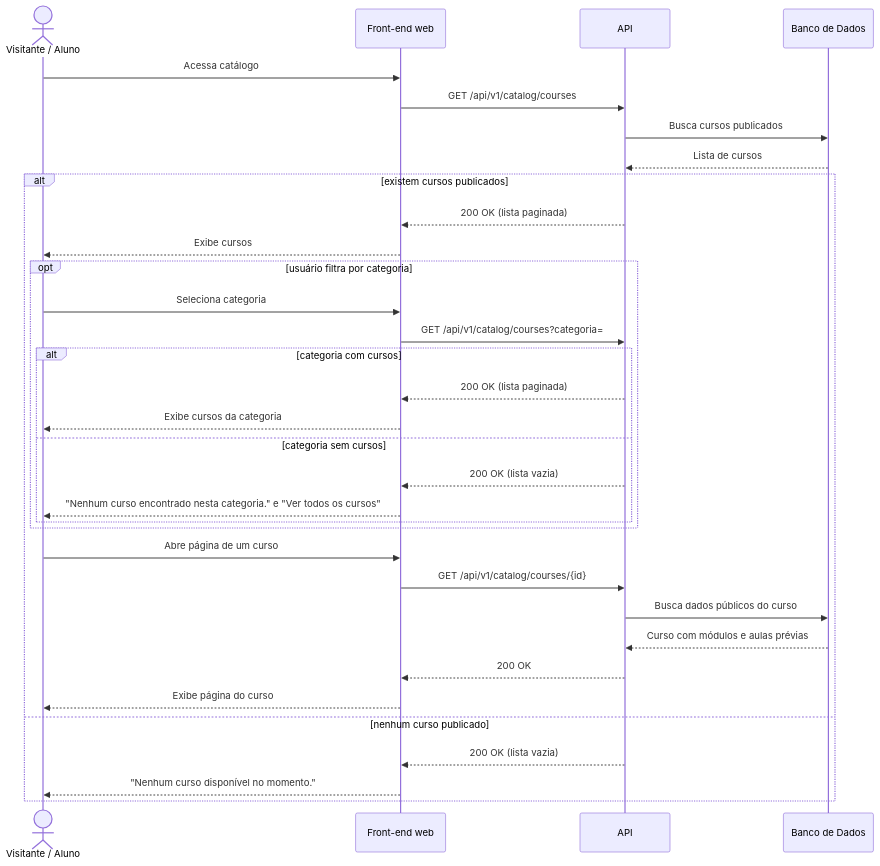
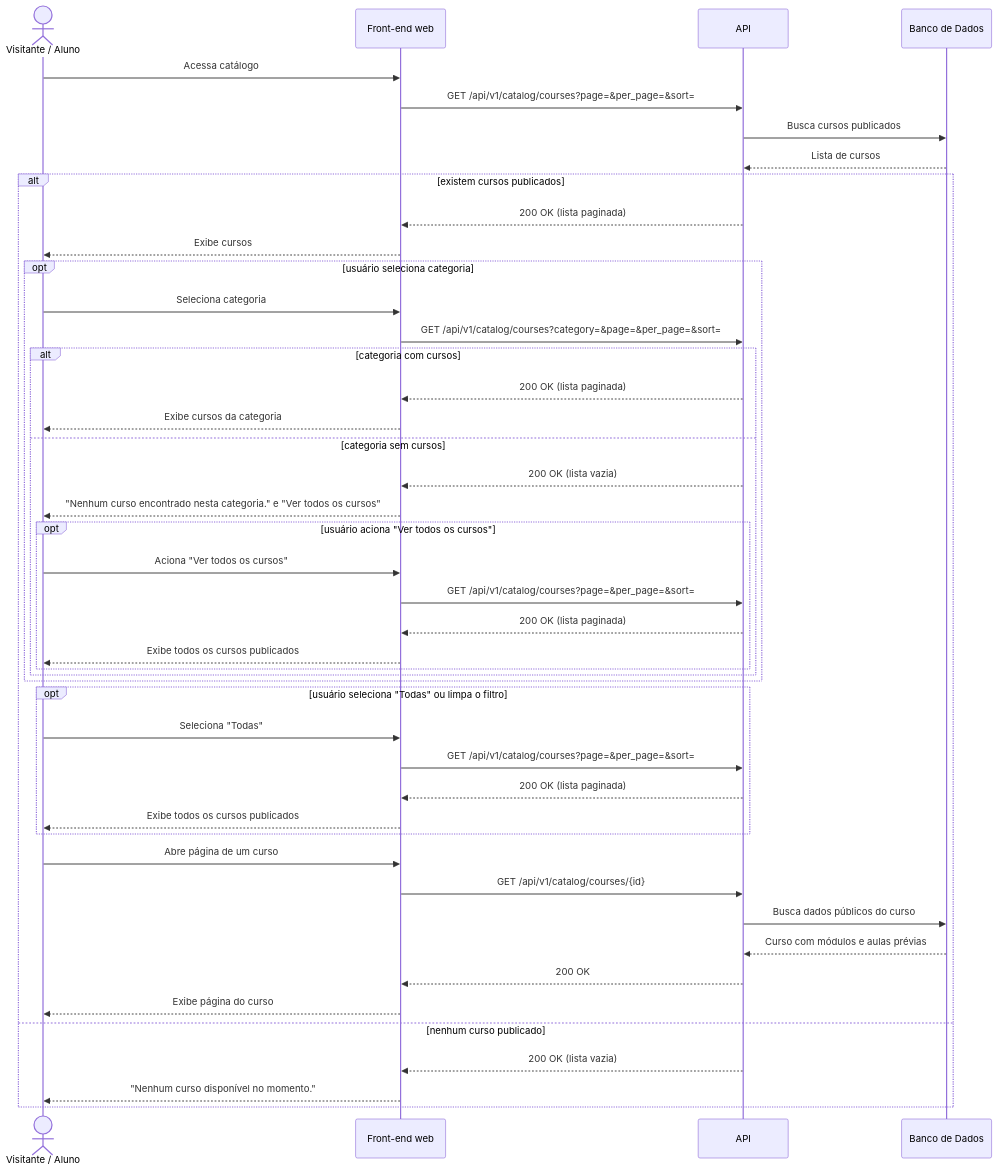
One commit to Plataforma-de-Cursos-TCC/plataforma-cursos-docs changed the diagram in docs/ssd/UC020-consultar-catalogo-de-cursos.md. Above: the diagram before and after it, drawn with Mermaid. The commit also changed other lines of this file and 17 other files, not shown here.

````diff
--- a/docs/ssd/UC020-consultar-catalogo-de-cursos.md
+++ b/docs/ssd/UC020-consultar-catalogo-de-cursos.md
@@ -5,36 +5,48 @@
 ```mermaid
 sequenceDiagram
     actor User as Visitante / Aluno
     participant FE as Front-end web
     participant API
     participant DB as Banco de Dados
 
     User->>FE: Acessa catálogo
-    FE->>API: GET /api/v1/catalog/courses
+    FE->>API: GET /api/v1/catalog/courses?page=&per_page=&sort=
     API->>DB: Busca cursos publicados
     DB-->>API: Lista de cursos
     alt existem cursos publicados
         API-->>FE: 200 OK (lista paginada)
         FE-->>User: Exibe cursos
-        opt usuário filtra por categoria
+        opt usuário seleciona categoria
             User->>FE: Seleciona categoria
-            FE->>API: GET /api/v1/catalog/courses?categoria=
+            FE->>API: GET /api/v1/catalog/courses?category=&page=&per_page=&sort=
             alt categoria com cursos
                 API-->>FE: 200 OK (lista paginada)
                 FE-->>User: Exibe cursos da categoria
             else categoria sem cursos
                 API-->>FE: 200 OK (lista vazia)
                 FE-->>User: "Nenhum curso encontrado nesta categoria." e "Ver todos os cursos"
+                opt usuário aciona "Ver todos os cursos"
+                    User->>FE: Aciona "Ver todos os cursos"
+                    FE->>API: GET /api/v1/catalog/courses?page=&per_page=&sort=
+                    API-->>FE: 200 OK (lista paginada)
+                    FE-->>User: Exibe todos os cursos publicados
+                end
             end
+        end
+        opt usuário seleciona "Todas" ou limpa o filtro
+            User->>FE: Seleciona "Todas"
+            FE->>API: GET /api/v1/catalog/courses?page=&per_page=&sort=
+            API-->>FE: 200 OK (lista paginada)
+            FE-->>User: Exibe todos os cursos publicados
         end
         User->>FE: Abre página de um curso
         FE->>API: GET /api/v1/catalog/courses/{id}
         API->>DB: Busca dados públicos do curso
         DB-->>API: Curso com módulos e aulas prévias
         API-->>FE: 200 OK
         FE-->>User: Exibe página do curso
     else nenhum curso publicado
         API-->>FE: 200 OK (lista vazia)
         FE-->>User: "Nenhum curso disponível no momento."
     end
 ```
````
